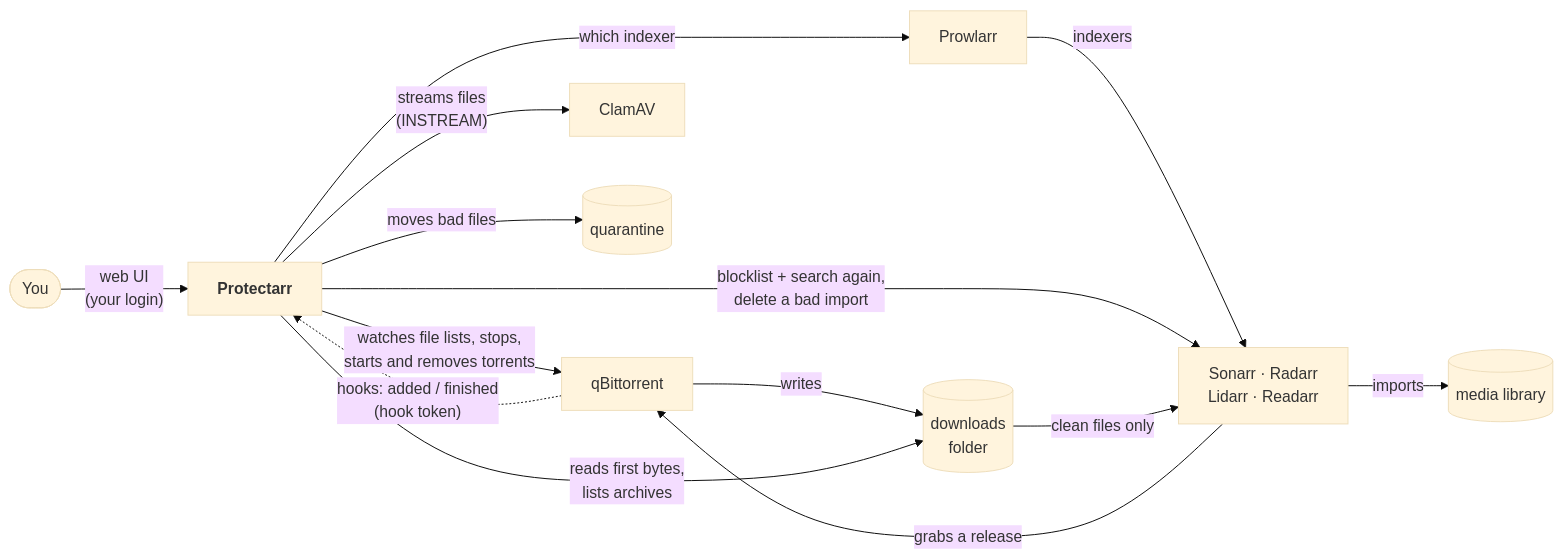
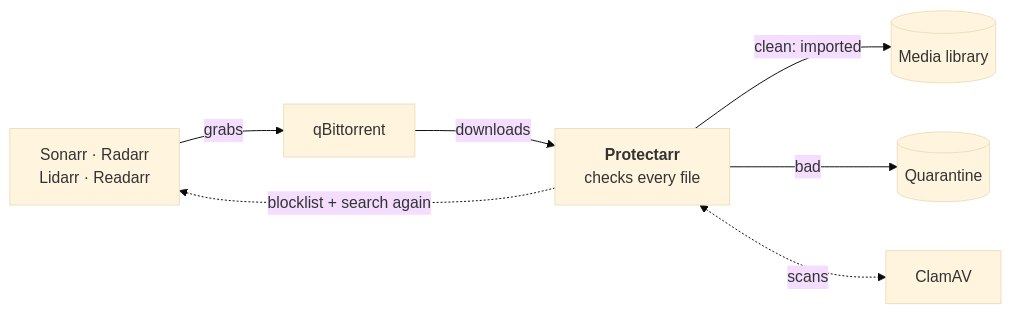
The diagram in README.md (ablatnick/Protectarr), drawn with Mermaid (base theme) before and after one commit. The commit also changed other lines of this file and 1 other file, not shown here.

Commit message:
Simplify the stack diagram

````diff
--- a/README.md
+++ b/README.md
@@ -38,16 +38,9 @@
 ```mermaid
 flowchart LR
-    you(["You"]) -- "web UI<br/>(your login)" --> P
-    PR["Prowlarr"] -- indexers --> ARR["Sonarr · Radarr<br/>Lidarr · Readarr"]
-    ARR -- "grabs a release" --> QB["qBittorrent"]
-    QB -- "writes" --> DL[("downloads<br/>folder")]
-    QB -. "hooks: added / finished<br/>(hook token)" .-> P
-    P["<b>Protectarr</b>"] -- "watches file lists, stops,<br/>starts and removes torrents" --> QB
-    P -- "reads first bytes,<br/>lists archives" --> DL
-    P -- "streams files<br/>(INSTREAM)" --> CL["ClamAV"]
-    P -- "blocklist + search again,<br/>delete a bad import" --> ARR
-    P -- "which indexer" --> PR
-    P -- "moves bad files" --> Q[("quarantine")]
-    DL -- "clean files only" --> ARR
-    ARR -- imports --> LIB[("media library")]
+    ARR["Sonarr · Radarr<br/>Lidarr · Readarr"] -- grabs --> QB["qBittorrent"]
+    QB -- downloads --> P["<b>Protectarr</b><br/>checks every file"]
+    P -- "clean: imported" --> LIB[("Media library")]
+    P -- bad --> Q[("Quarantine")]
+    P -. "blocklist + search again" .-> ARR
+    P <-. scans .-> CL["ClamAV"]
 ```
````
